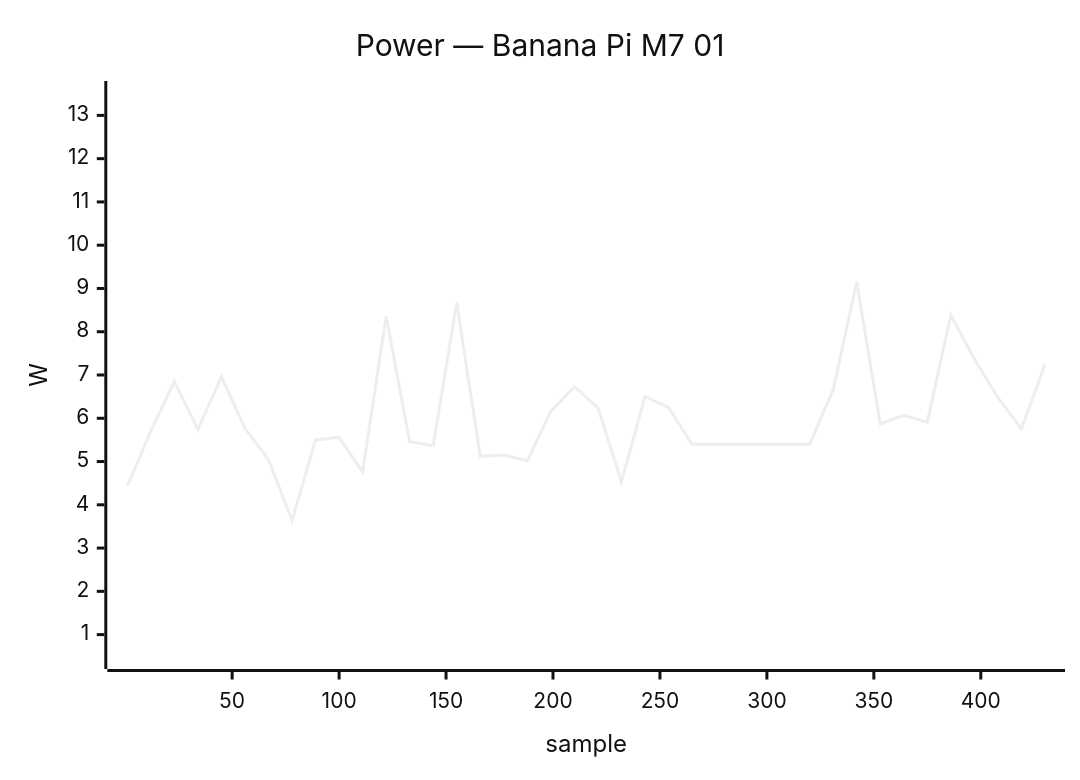
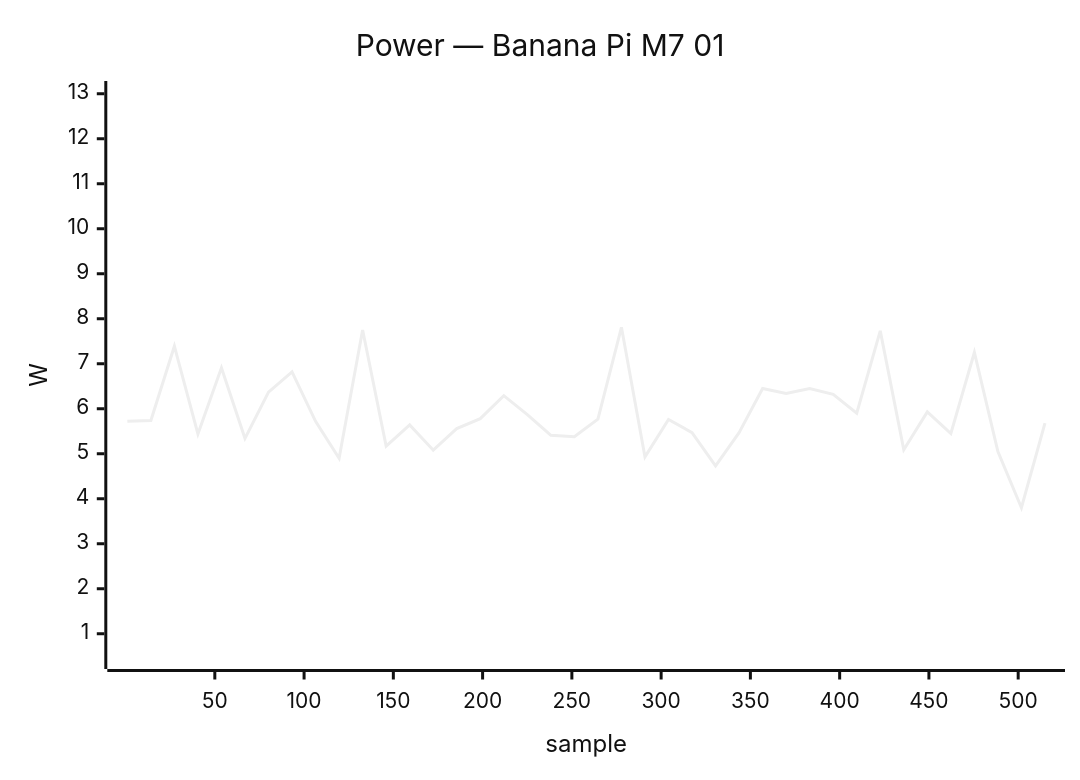
One commit to armbian/documentation changed the first of 24 diagrams in docs/status/board-tests.md. Above: the diagram before and after it, drawn with Mermaid (neutral theme). The commit also changed other lines of this file, not shown here.

````diff
--- a/docs/status/board-tests.md
+++ b/docs/status/board-tests.md
@@ -126,7 +132,7 @@
     ```mermaid
     xychart-beta
         title "Power — Banana Pi M7 01"
-        x-axis "sample" 1 --> 430
-        y-axis "W" 0.5 --> 13.5
-        line [4.43, 5.71, 6.85, 5.74, 6.96, 5.77, 5.04, 3.64, 5.50, 5.56, 4.76, 8.36, 5.46, 5.37, 8.67, 5.12, 5.15, 5.02, 6.16, 6.73, 6.24, 4.53, 6.50, 6.25, 5.40, 5.40, 5.40, 5.40, 5.40, 5.40, 6.66, 9.15, 5.87, 6.07, 5.91, 8.38, 7.37, 6.48, 5.75, 7.25]
+        x-axis "sample" 1 --> 515
+        y-axis "W" 0.5 --> 13.0
+        line [5.72, 5.74, 7.39, 5.44, 6.91, 5.34, 6.37, 6.82, 5.72, 4.90, 7.75, 5.17, 5.64, 5.08, 5.56, 5.78, 6.29, 5.87, 5.41, 5.38, 5.77, 7.81, 4.93, 5.76, 5.47, 4.73, 5.47, 6.45, 6.34, 6.45, 6.32, 5.90, 7.73, 5.09, 5.93, 5.45, 7.25, 5.05, 3.80, 5.68]
     ```
````
